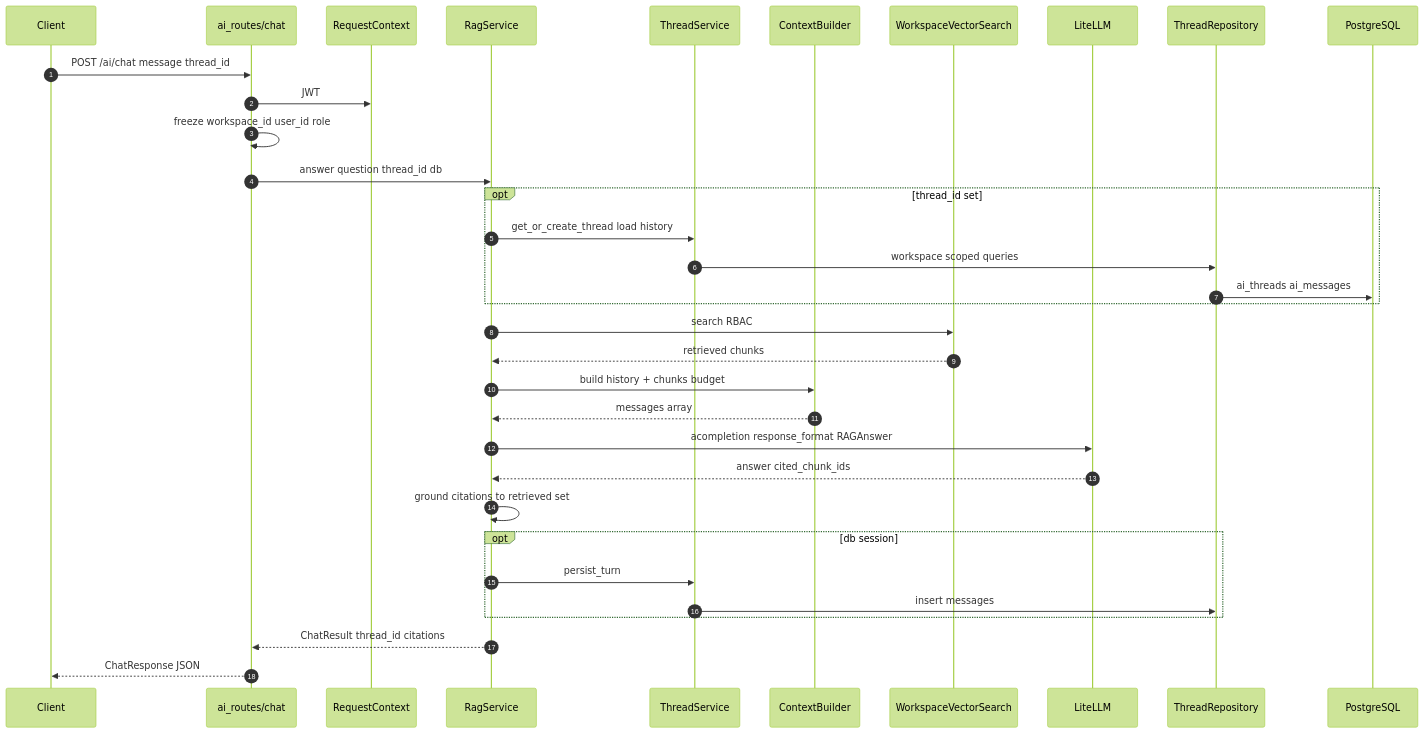
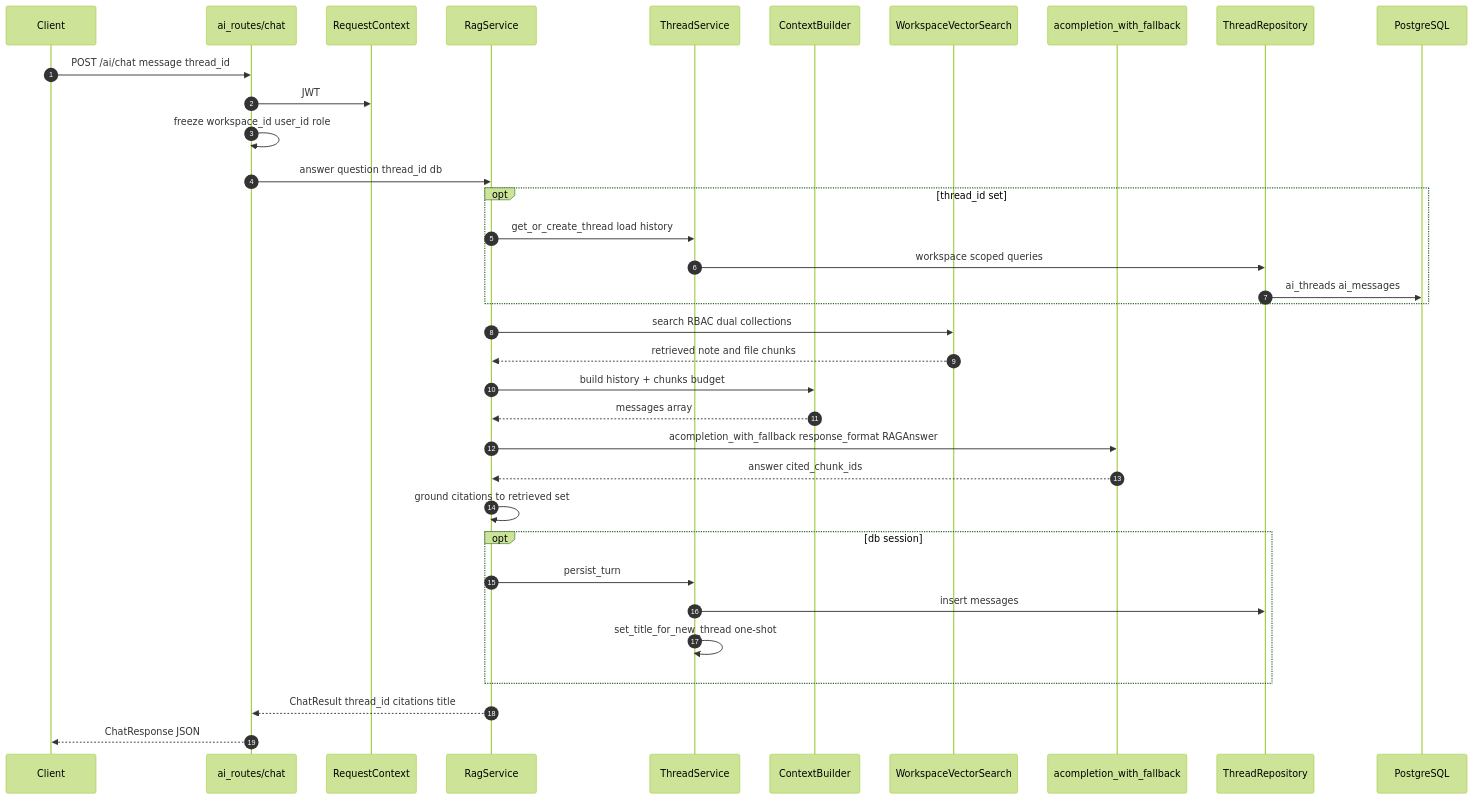
The sixth of 13 diagrams in docs/uml/diagrams.md (RudraPramanik/system-dashnote), drawn with Mermaid (forest theme) before and after one commit. The commit also changed other lines of this file and 50 other files, not shown here.

````diff
--- a/docs/uml/diagrams.md
+++ b/docs/uml/diagrams.md
@@ -230,41 +236,42 @@
 ```mermaid
 sequenceDiagram
     autonumber
     participant C as Client
     participant RT as ai_routes/chat
     participant CTX as RequestContext
     participant RS as RagService
     participant TS as ThreadService
     participant CB as ContextBuilder
     participant WS as WorkspaceVectorSearch
-    participant LLM as LiteLLM
+    participant LLM as acompletion_with_fallback
     participant TR as ThreadRepository
     participant DB as PostgreSQL
 
     C->>RT: POST /ai/chat message thread_id
     RT->>CTX: JWT
     RT->>RT: freeze workspace_id user_id role
     RT->>RS: answer question thread_id db
 
     opt thread_id set
         RS->>TS: get_or_create_thread load history
         TS->>TR: workspace scoped queries
         TR->>DB: ai_threads ai_messages
     end
 
-    RS->>WS: search RBAC
-    WS-->>RS: retrieved chunks
+    RS->>WS: search RBAC dual collections
+    WS-->>RS: retrieved note and file chunks
     RS->>CB: build history + chunks budget
     CB-->>RS: messages array
-    RS->>LLM: acompletion response_format RAGAnswer
+    RS->>LLM: acompletion_with_fallback response_format RAGAnswer
     LLM-->>RS: answer cited_chunk_ids
     RS->>RS: ground citations to retrieved set
 
     opt db session
         RS->>TS: persist_turn
         TS->>TR: insert messages
+        TS->>TS: set_title_for_new_thread one-shot
     end
 
-    RS-->>RT: ChatResult thread_id citations
+    RS-->>RT: ChatResult thread_id citations title
     RT-->>C: ChatResponse JSON
 ```
````
